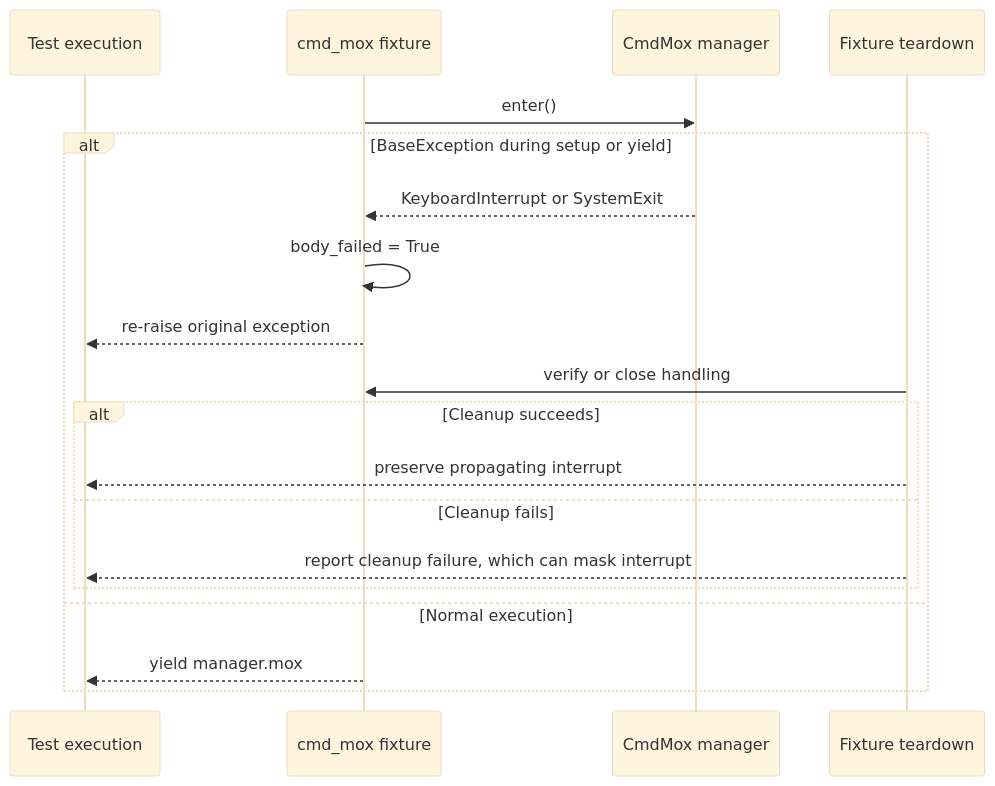
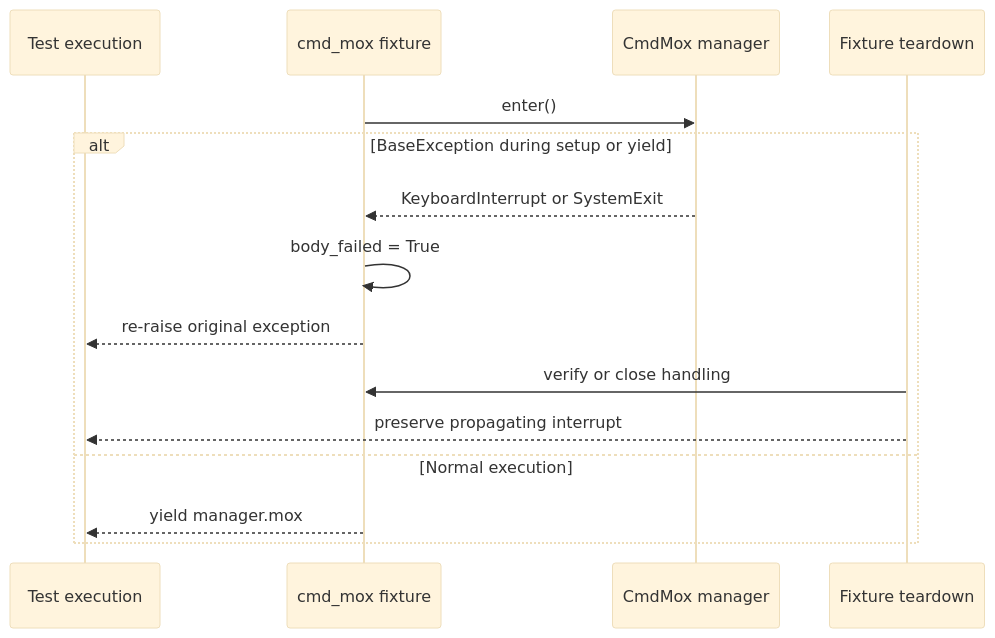
The third of 30 diagrams in docs/python-native-command-mocking-design.md (leynos/cmd-mox), drawn with Mermaid (base theme) before and after one commit. The commit also changed other lines of this file, not shown here.

First line of the commit message:
Align fixture sequence diagram

````diff
--- a/docs/python-native-command-mocking-design.md
+++ b/docs/python-native-command-mocking-design.md
@@ -438,22 +436,18 @@
 ```mermaid
 sequenceDiagram
     participant Test as Test execution
     participant Fixture as cmd_mox fixture
     participant Manager as CmdMox manager
     participant Teardown as Fixture teardown
 
     Fixture->>Manager: enter()
     alt BaseException during setup or yield
         Manager-->>Fixture: KeyboardInterrupt or SystemExit
         Fixture->>Fixture: body_failed = True
         Fixture-->>Test: re-raise original exception
         Teardown->>Fixture: verify or close handling
-        alt Cleanup succeeds
-            Teardown-->>Test: preserve propagating interrupt
-        else Cleanup fails
-            Teardown-->>Test: report cleanup failure, which can mask interrupt
-        end
+        Teardown-->>Test: preserve propagating interrupt
     else Normal execution
         Fixture-->>Test: yield manager.mox
     end
 ```
````
